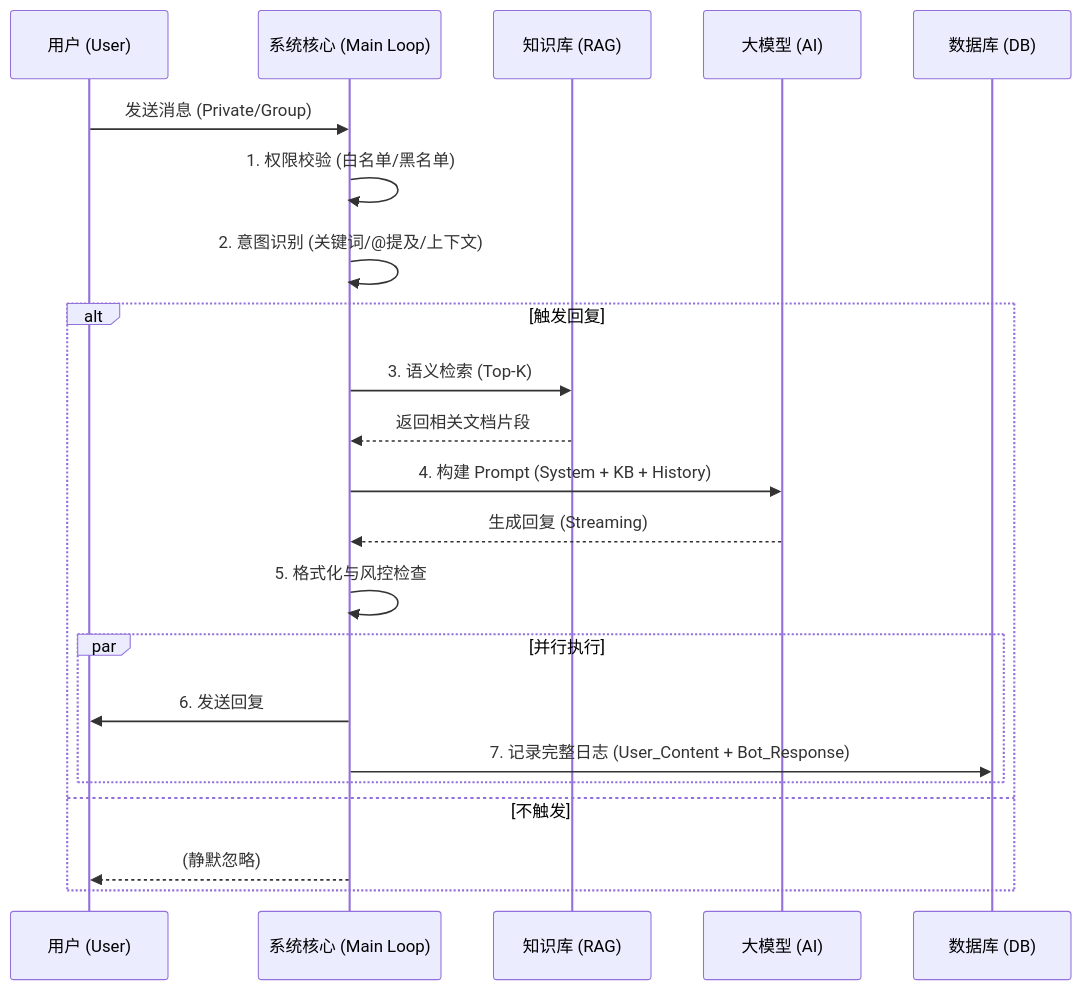
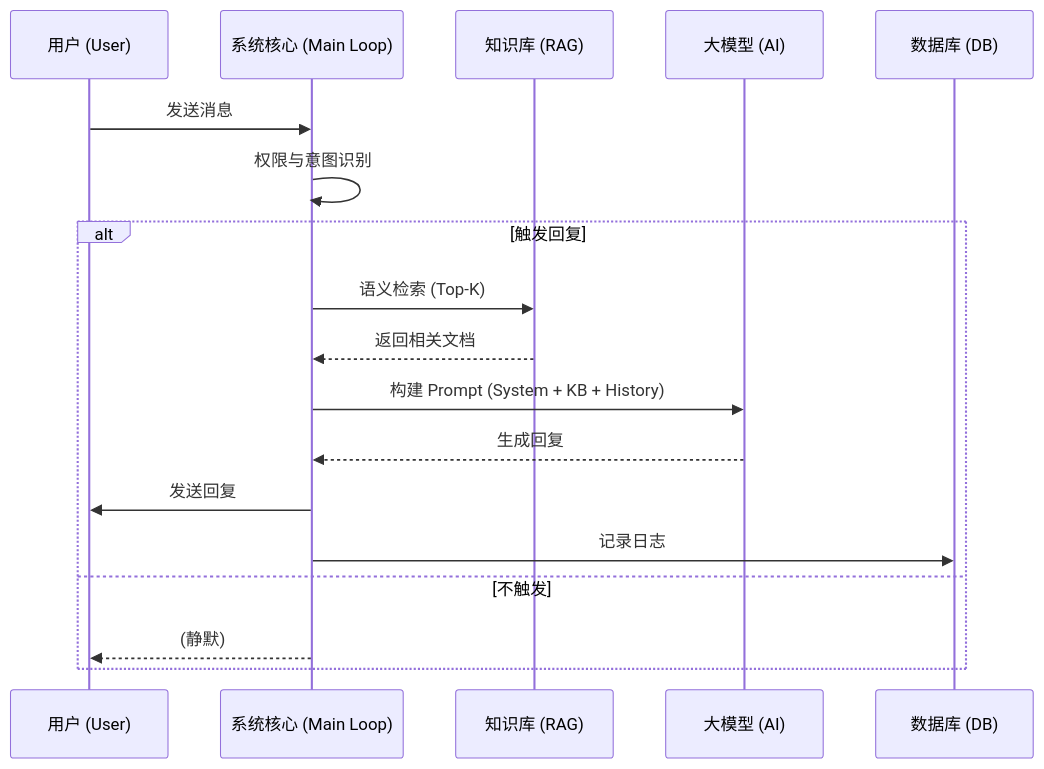
The third of 4 diagrams in releases/v2.5.0/docs/help_center/v1.0/zh_CN/Telegram_AI_机器人技术白皮书.md (hverlott/AI----agent), drawn with Mermaid before and after one commit. The commit also changed other lines of this file and 4 other files, not shown here.

````diff
--- a/releases/v2.5.0/docs/help_center/v1.0/zh_CN/Telegram_AI_机器人技术白皮书.md
+++ b/releases/v2.5.0/docs/help_center/v1.0/zh_CN/Telegram_AI_机器人技术白皮书.md
@@ -101,29 +104,24 @@
 ```mermaid
 sequenceDiagram
     participant U as 用户 (User)
     participant SYS as 系统核心 (Main Loop)
     participant KB as 知识库 (RAG)
     participant LLM as 大模型 (AI)
     participant DB as 数据库 (DB)
 
-    U->>SYS: 发送消息 (Private/Group)
-    SYS->>SYS: 1. 权限校验 (白名单/黑名单)
-    SYS->>SYS: 2. 意图识别 (关键词/@提及/上下文)
+    U->>SYS: 发送消息
+    SYS->>SYS: 权限与意图识别
     
     alt 触发回复
-        SYS->>KB: 3. 语义检索 (Top-K)
-        KB-->>SYS: 返回相关文档片段
+        SYS->>KB: 语义检索 (Top-K)
+        KB-->>SYS: 返回相关文档
         
-        SYS->>LLM: 4. 构建 Prompt (System + KB + History)
-        LLM-->>SYS: 生成回复 (Streaming)
+        SYS->>LLM: 构建 Prompt (System + KB + History)
+        LLM-->>SYS: 生成回复
         
-        SYS->>SYS: 5. 格式化与风控检查
-        
-        par 并行执行
-            SYS->>U: 6. 发送回复
-            SYS->>DB: 7. 记录完整日志 (User_Content + Bot_Response)
-        end
+        SYS->>U: 发送回复
+        SYS->>DB: 记录日志
     else 不触发
-        SYS-->>U: (静默忽略)
+        SYS-->>U: (静默)
     end
 ```
````
